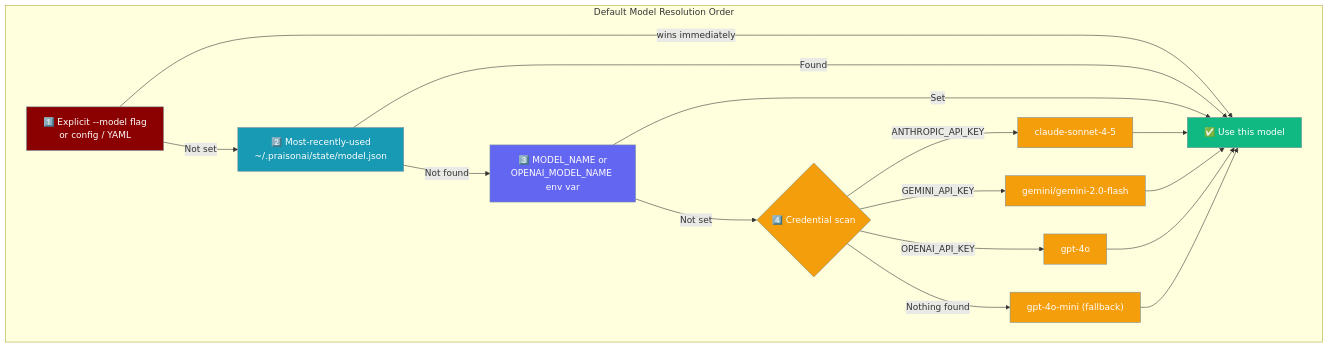
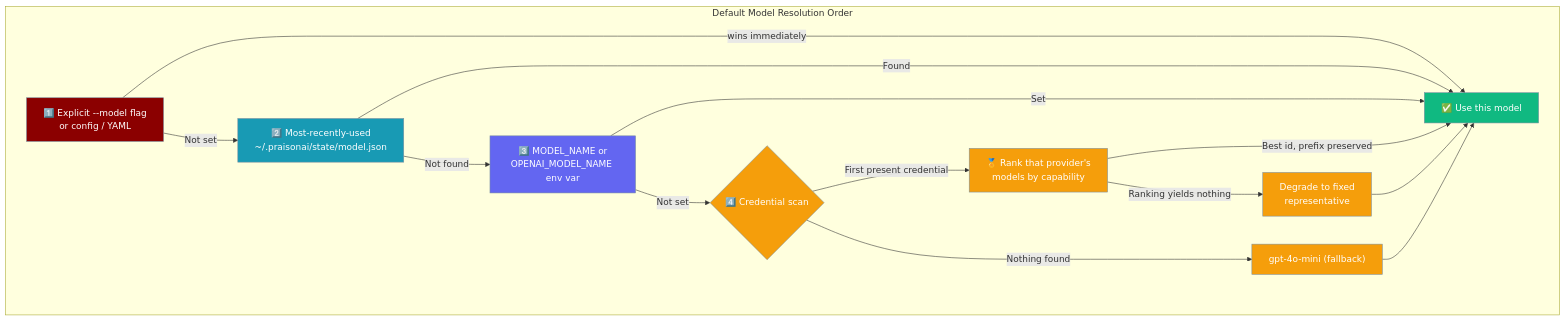
The fifth of 6 diagrams in docs/features/default-model-selection.mdx (MervinPraison/PraisonAIDocs), drawn with Mermaid before and after one commit. The commit also changed other lines of this file and 2 other files, not shown here.

Commit message:
docs: capability-ranked default model + praisonai models refresh (fixes #4471)

````diff
--- a/docs/features/default-model-selection.mdx
+++ b/docs/features/default-model-selection.mdx
@@ -106,31 +107,29 @@
 ```mermaid
 graph TB
     subgraph "Default Model Resolution Order"
         E["1️⃣ Explicit --model flag\nor config / YAML"] -->|"wins immediately"| USE["✅ Use this model"]
         E -->|Not set| R["2️⃣ Most-recently-used\n~/.praisonai/state/model.json"]
         R -->|Found| USE
         R -->|Not found| ENV["3️⃣ MODEL_NAME or\nOPENAI_MODEL_NAME env var"]
         ENV -->|Set| USE
         ENV -->|Not set| CRED{"4️⃣ Credential scan"}
-        CRED -->|ANTHROPIC_API_KEY| CL["claude-sonnet-4-5"]
-        CRED -->|GEMINI_API_KEY| GM["gemini/gemini-2.0-flash"]
-        CRED -->|OPENAI_API_KEY| GP["gpt-4o"]
+        CRED -->|First present credential| RANK["🏅 Rank that provider's\nmodels by capability"]
         CRED -->|Nothing found| FB["gpt-4o-mini (fallback)"]
-        CL --> USE
-        GM --> USE
-        GP --> USE
+        RANK -->|Best id, prefix preserved| USE
+        RANK -->|Ranking yields nothing| REP["Degrade to fixed\nrepresentative"]
+        REP --> USE
         FB --> USE
     end
 
     classDef explicit fill:#8B0000,stroke:#7C90A0,color:#fff
     classDef mru fill:#189AB4,stroke:#7C90A0,color:#fff
     classDef env fill:#6366F1,stroke:#7C90A0,color:#fff
     classDef cred fill:#F59E0B,stroke:#7C90A0,color:#fff
     classDef use fill:#10B981,stroke:#7C90A0,color:#fff
 
     class E explicit
     class R mru
     class ENV env
-    class CRED,CL,GM,GP,FB cred
+    class CRED,RANK,REP,FB cred
     class USE use
 ```
````
